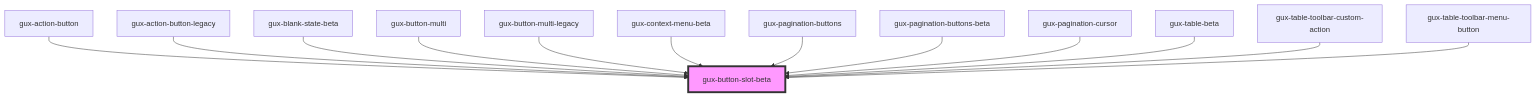
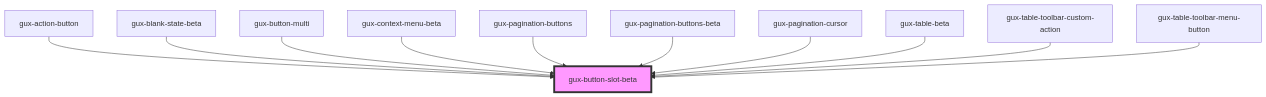
One commit to MyPureCloud/genesys-spark changed the diagram in packages/genesys-spark-components/src/components/beta/gux-button-slot/readme.md. Above: the diagram before and after it, drawn with Mermaid. The commit also changed other lines of this file and 255 other files, not shown here.

````diff
--- a/packages/genesys-spark-components/src/components/beta/gux-button-slot/readme.md
+++ b/packages/genesys-spark-components/src/components/beta/gux-button-slot/readme.md
@@ -37,16 +35,14 @@
 ```mermaid
 graph TD;
   gux-action-button --> gux-button-slot-beta
-  gux-action-button-legacy --> gux-button-slot-beta
   gux-blank-state-beta --> gux-button-slot-beta
   gux-button-multi --> gux-button-slot-beta
-  gux-button-multi-legacy --> gux-button-slot-beta
   gux-context-menu-beta --> gux-button-slot-beta
   gux-pagination-buttons --> gux-button-slot-beta
   gux-pagination-buttons-beta --> gux-button-slot-beta
   gux-pagination-cursor --> gux-button-slot-beta
   gux-table-beta --> gux-button-slot-beta
   gux-table-toolbar-custom-action --> gux-button-slot-beta
   gux-table-toolbar-menu-button --> gux-button-slot-beta
   style gux-button-slot-beta fill:#f9f,stroke:#333,stroke-width:4px
 ```
````
